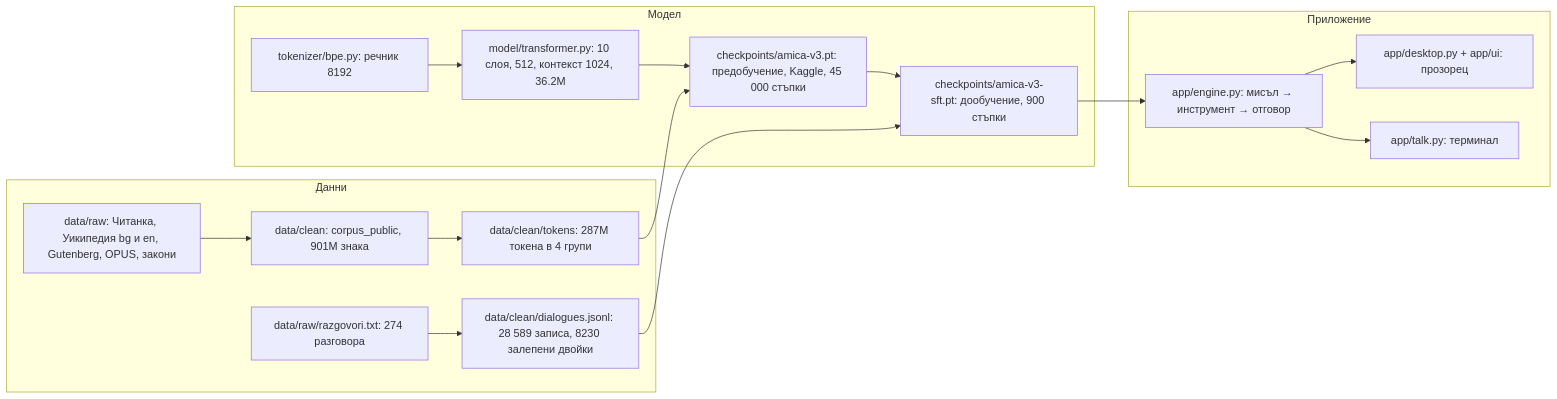
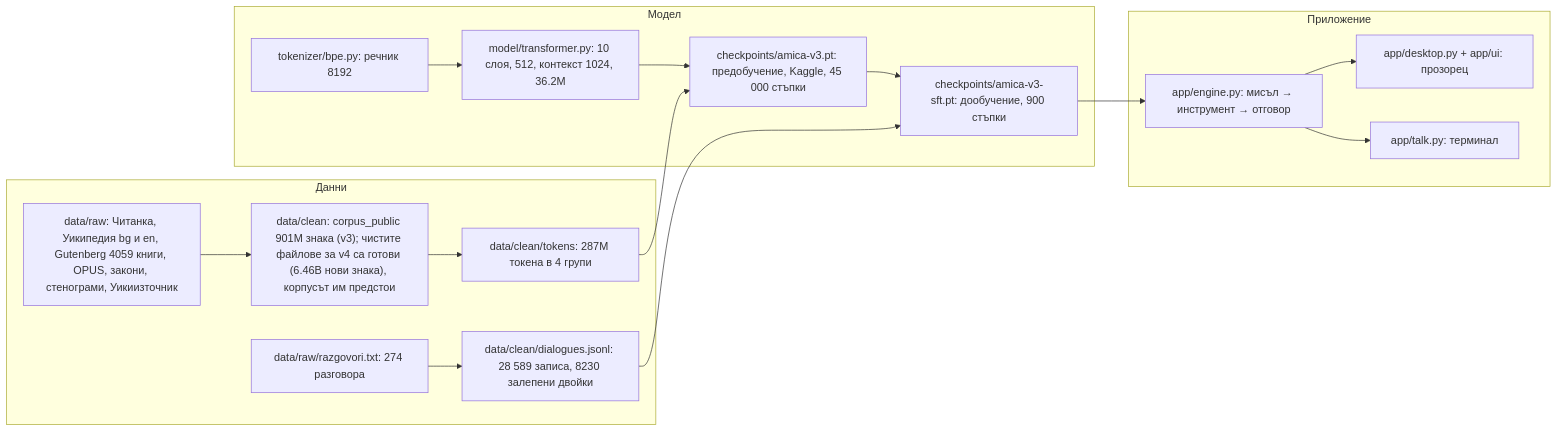
Before and after one commit to PappoIvanov/amica: the first of 3 diagrams in docs/STATE.md, drawn with Mermaid. The commit also changed other lines of this file and 17 other files, not shown here.

````diff
--- a/docs/STATE.md
+++ b/docs/STATE.md
@@ -12,20 +12,20 @@
 ```mermaid
 flowchart LR
   subgraph data["Данни"]
-    raw["data/raw: Читанка, Уикипедия bg и en, Gutenberg, OPUS, закони"] --> clean["data/clean: corpus_public, 901M знака"]
+    raw["data/raw: Читанка, Уикипедия bg и en, Gutenberg 4059 книги, OPUS, закони, стенограми, Уикиизточник"] --> clean["data/clean: corpus_public 901M знака (v3); чистите файлове за v4 са готови (6.46B нови знака), корпусът им предстои"]
     clean --> tok["data/clean/tokens: 287M токена в 4 групи"]
     razg["data/raw/razgovori.txt: 274 разговора"] --> dlg["data/clean/dialogues.jsonl: 28 589 записа, 8230 залепени двойки"]
   end
   subgraph model["Модел"]
     bpe["tokenizer/bpe.py: речник 8192"] --> tr["model/transformer.py: 10 слоя, 512, контекст 1024, 36.2M"]
     tr --> v3["checkpoints/amica-v3.pt: предобучение, Kaggle, 45 000 стъпки"]
     v3 --> sft["checkpoints/amica-v3-sft.pt: дообучение, 900 стъпки"]
   end
   subgraph app["Приложение"]
     eng["app/engine.py: мисъл → инструмент → отговор"] --> ui["app/desktop.py + app/ui: прозорец"]
     eng --> talk["app/talk.py: терминал"]
   end
   tok --> v3
   dlg --> sft
   sft --> eng
 ```
````
